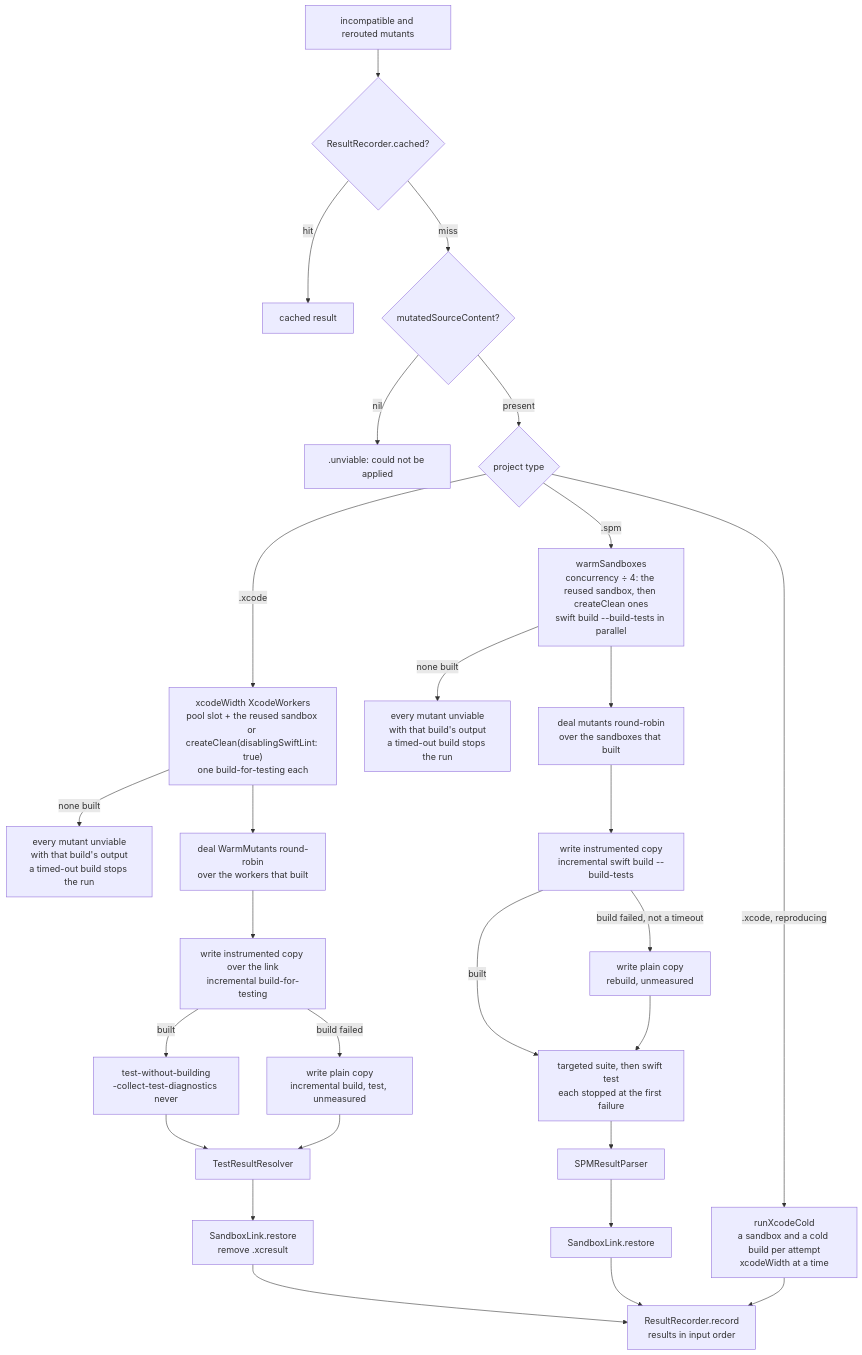
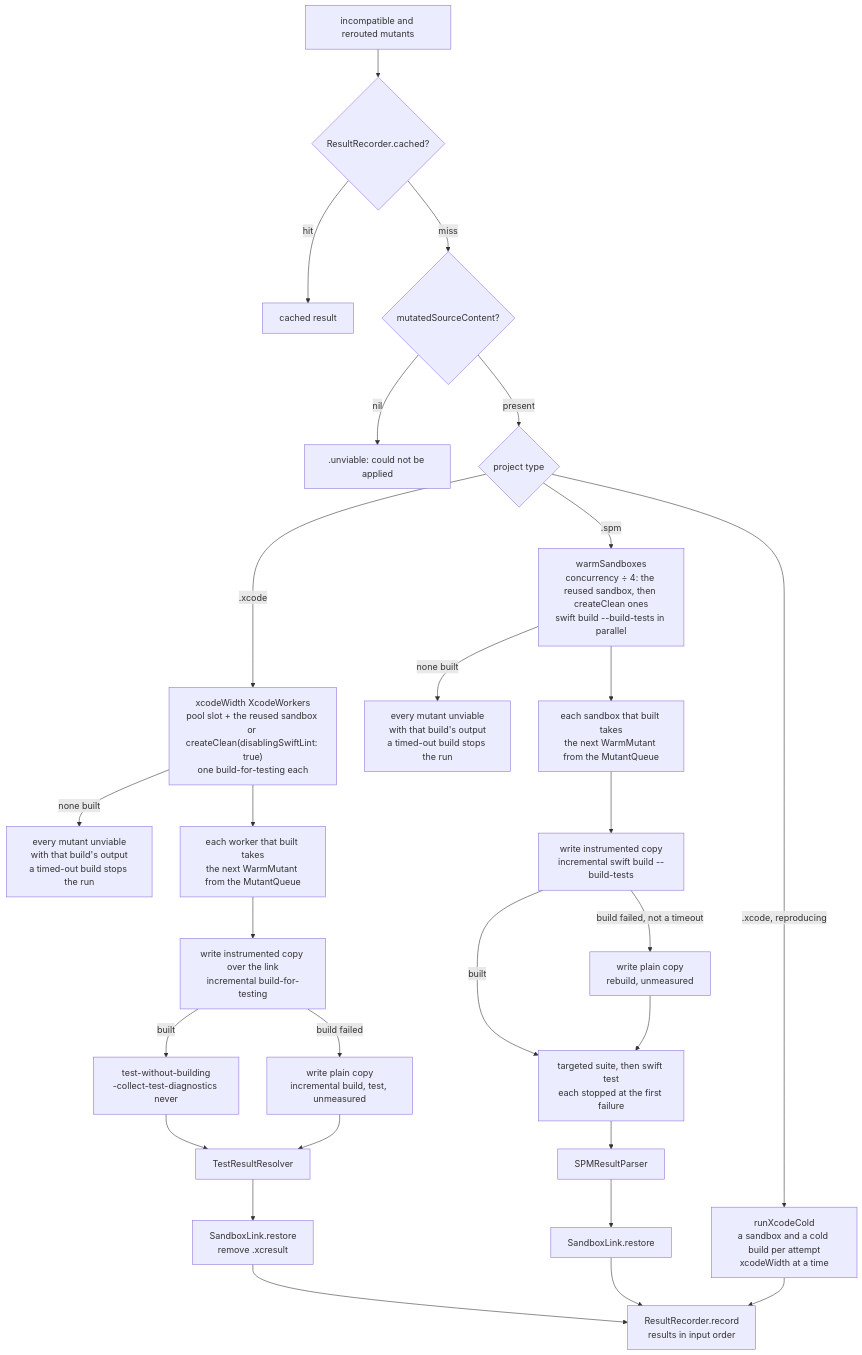
The sixth of 6 diagrams in Docs/CodeBase/07-execution.md (ericodx/swift-mutation-testing), drawn with Mermaid before and after one commit. The commit also changed other lines of this file and 4 other files, not shown here.

Commit message:
docs: describe the mutant queue the warm sandboxes take incompatible mutants from, each starting as its own build is done, and the warm phase ending at the first ready sandbox

````diff
--- a/Docs/CodeBase/07-execution.md
+++ b/Docs/CodeBase/07-execution.md
@@ -767,30 +793,30 @@
 ```mermaid
 flowchart TD
     MUTANTS["incompatible and rerouted mutants"] --> CACHE{"ResultRecorder.cached?"}
     CACHE -- hit --> CACHED["cached result"]
     CACHE -- miss --> CONTENT{"mutatedSourceContent?"}
     CONTENT -- nil --> NA[".unviable: could not be applied"]
     CONTENT -- present --> PT{"project type"}
     PT -- ".xcode, reproducing" --> COLD["runXcodeCold<br>a sandbox and a cold build per attempt<br>xcodeWidth at a time"]
     PT -- ".xcode" --> XWARM["xcodeWidth XcodeWorkers<br>pool slot + the reused sandbox or createClean(disablingSwiftLint: true)<br>one build-for-testing each"]
     XWARM -- "none built" --> XUNVIABLE["every mutant unviable<br>with that build's output<br>a timed-out build stops the run"]
-    XWARM --> XDEAL["deal WarmMutants round-robin<br>over the workers that built"]
+    XWARM --> XDEAL["each worker that built takes<br>the next WarmMutant from the MutantQueue"]
     XDEAL --> XWRITE["write instrumented copy over the link<br>incremental build-for-testing"]
     XWRITE -- built --> LAUNCH["test-without-building<br>-collect-test-diagnostics never"]
     XWRITE -- "build failed" --> XPLAIN["write plain copy<br>incremental build, test, unmeasured"]
     LAUNCH --> PARSE["TestResultResolver"]
     XPLAIN --> PARSE
     PARSE --> XRESTORE["SandboxLink.restore<br>remove .xcresult"]
     PT -- ".spm" --> WARM["warmSandboxes<br>concurrency ÷ 4: the reused sandbox, then createClean ones<br>swift build --build-tests in parallel"]
     WARM -- "none built" --> ALLUNVIABLE["every mutant unviable<br>with that build's output<br>a timed-out build stops the run"]
-    WARM --> DEAL["deal mutants round-robin<br>over the sandboxes that built"]
+    WARM --> DEAL["each sandbox that built takes<br>the next WarmMutant from the MutantQueue"]
     DEAL --> WRITE["write instrumented copy<br>incremental swift build --build-tests"]
     WRITE -- built --> TESTS["targeted suite, then swift test<br>each stopped at the first failure"]
     WRITE -- "build failed, not a timeout" --> SPLAIN["write plain copy<br>rebuild, unmeasured"]
     SPLAIN --> TESTS
     TESTS --> SPMPARSE["SPMResultParser"]
     SPMPARSE --> SRESTORE["SandboxLink.restore"]
     XRESTORE --> STORE["ResultRecorder.record<br>results in input order"]
     SRESTORE --> STORE
     COLD --> STORE
 ```
````
